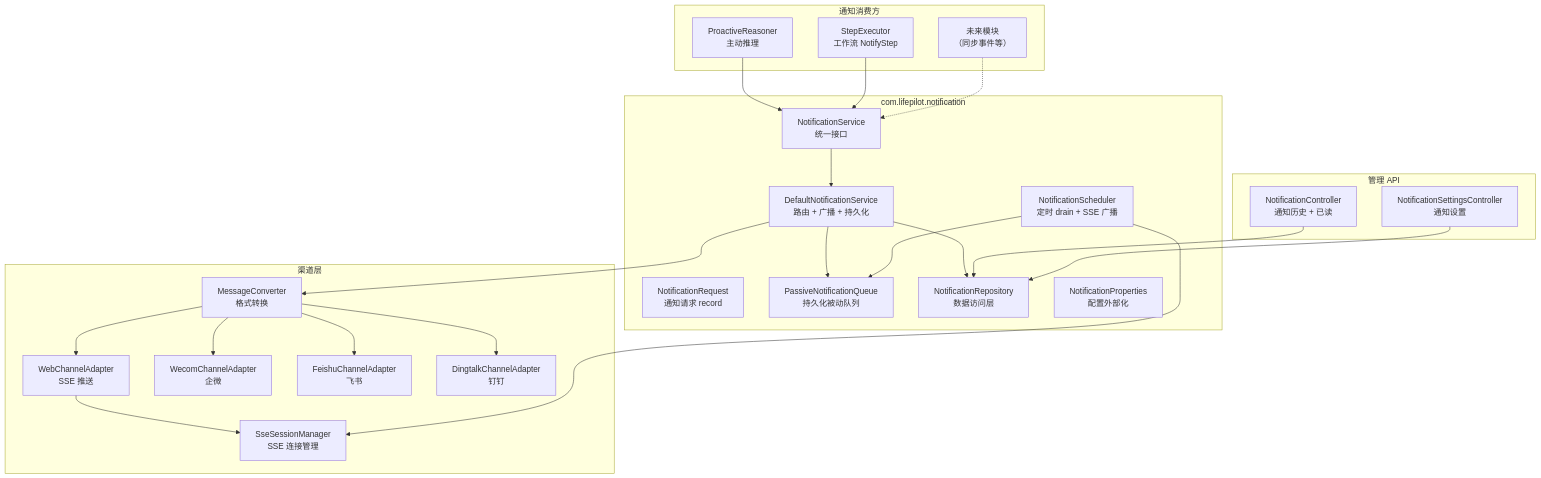
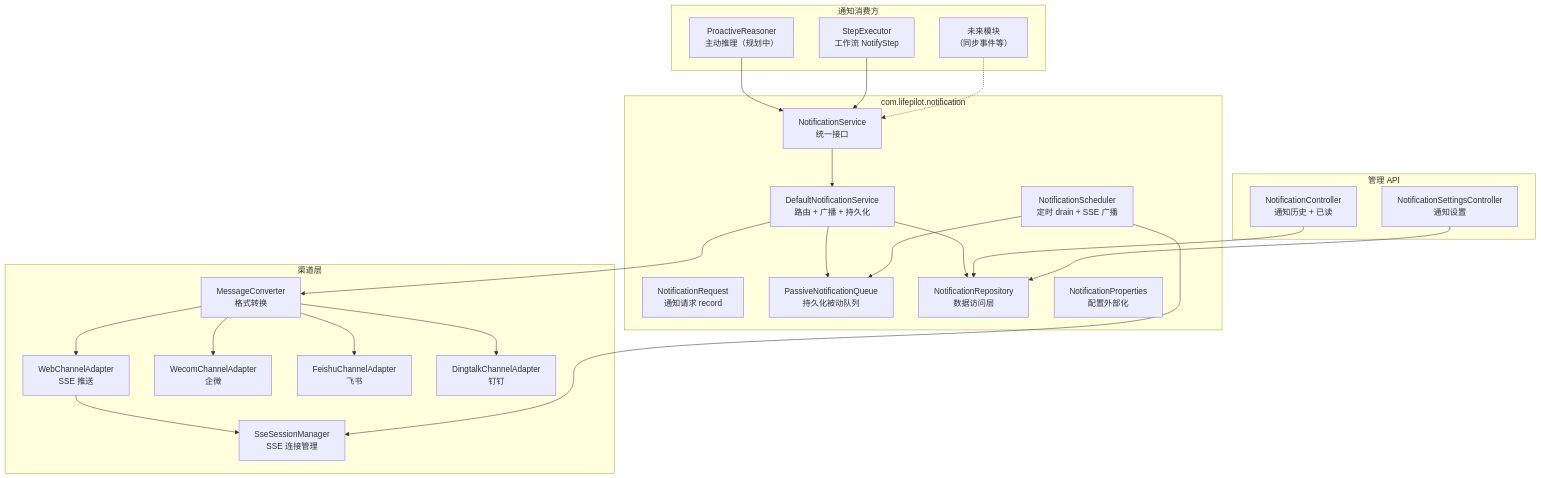
The diagram in docs/architecture/notification.md (ntygod/LifePilot), drawn with Mermaid before and after one commit. The commit also changed other lines of this file and 9 other files, not shown here.

````diff
--- a/docs/architecture/notification.md
+++ b/docs/architecture/notification.md
@@ -22,50 +22,50 @@
 ```mermaid
 graph TB
     subgraph "通知消费方"
-        PR["ProactiveReasoner<br/>主动推理"]
+        PR["ProactiveReasoner<br/>主动推理（规划中）"]
         WF["StepExecutor<br/>工作流 NotifyStep"]
         FUTURE["未来模块<br/>（同步事件等）"]
     end
 
 
     subgraph "com.lifepilot.notification"
         NS["NotificationService<br/>统一接口"]
         IMPL["DefaultNotificationService<br/>路由 + 广播 + 持久化"]
         NR["NotificationRequest<br/>通知请求 record"]
         PNQ["PassiveNotificationQueue<br/>持久化被动队列"]
         SCHED["NotificationScheduler<br/>定时 drain + SSE 广播"]
         REPO["NotificationRepository<br/>数据访问层"]
         PROPS["NotificationProperties<br/>配置外部化"]
     end
 
     subgraph "渠道层"
         MC["MessageConverter<br/>格式转换"]
         WEB["WebChannelAdapter<br/>SSE 推送"]
         WECOM["WecomChannelAdapter<br/>企微"]
         FEISHU["FeishuChannelAdapter<br/>飞书"]
         DT["DingtalkChannelAdapter<br/>钉钉"]
         SSE["SseSessionManager<br/>SSE 连接管理"]
     end
 
     subgraph "管理 API"
         NC["NotificationController<br/>通知历史 + 已读"]
         NSC["NotificationSettingsController<br/>通知设置"]
     end
 
     PR --> NS
     WF --> NS
     FUTURE -.-> NS
     NS --> IMPL
     IMPL --> MC
     IMPL --> PNQ
     IMPL --> REPO
     MC --> WEB
     MC --> WECOM
     MC --> FEISHU
     MC --> DT
     WEB --> SSE
     SCHED --> PNQ
     SCHED --> SSE
     NC --> REPO
     NSC --> REPO
 ```
````
